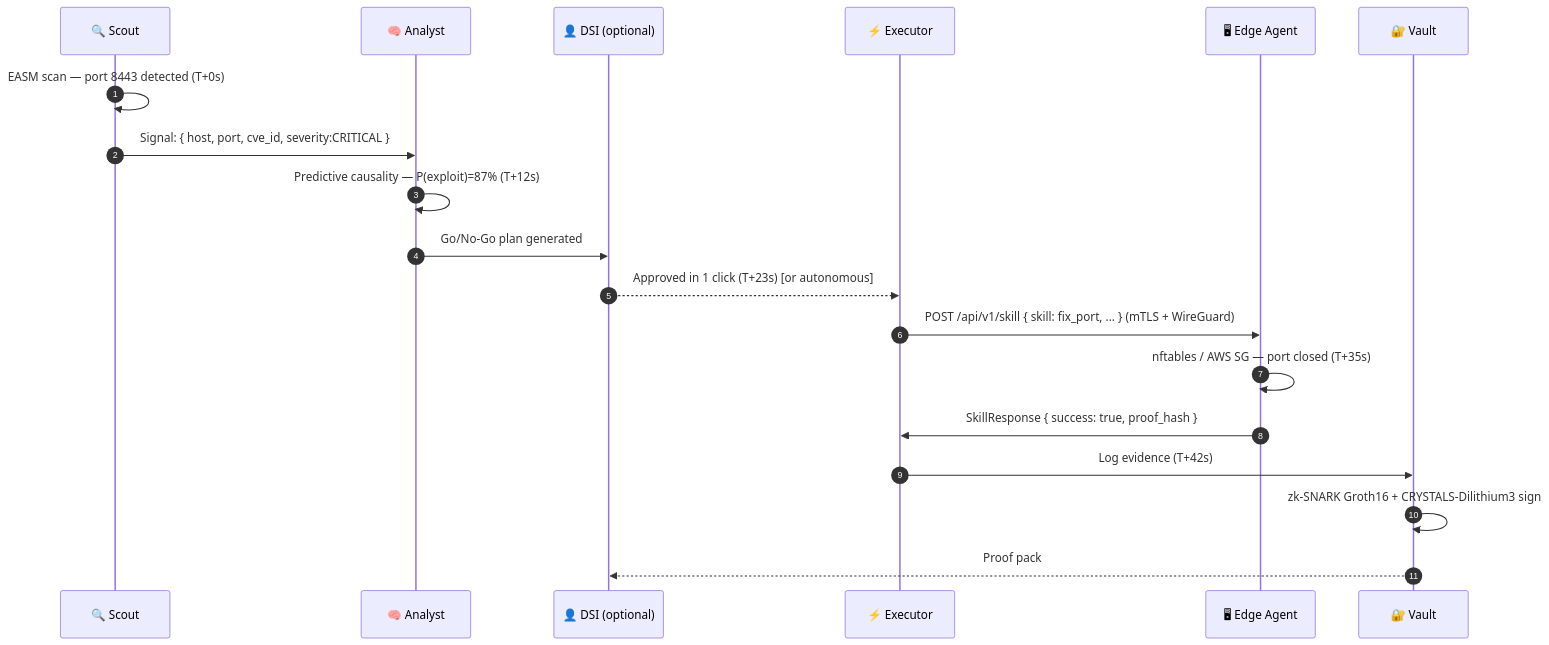
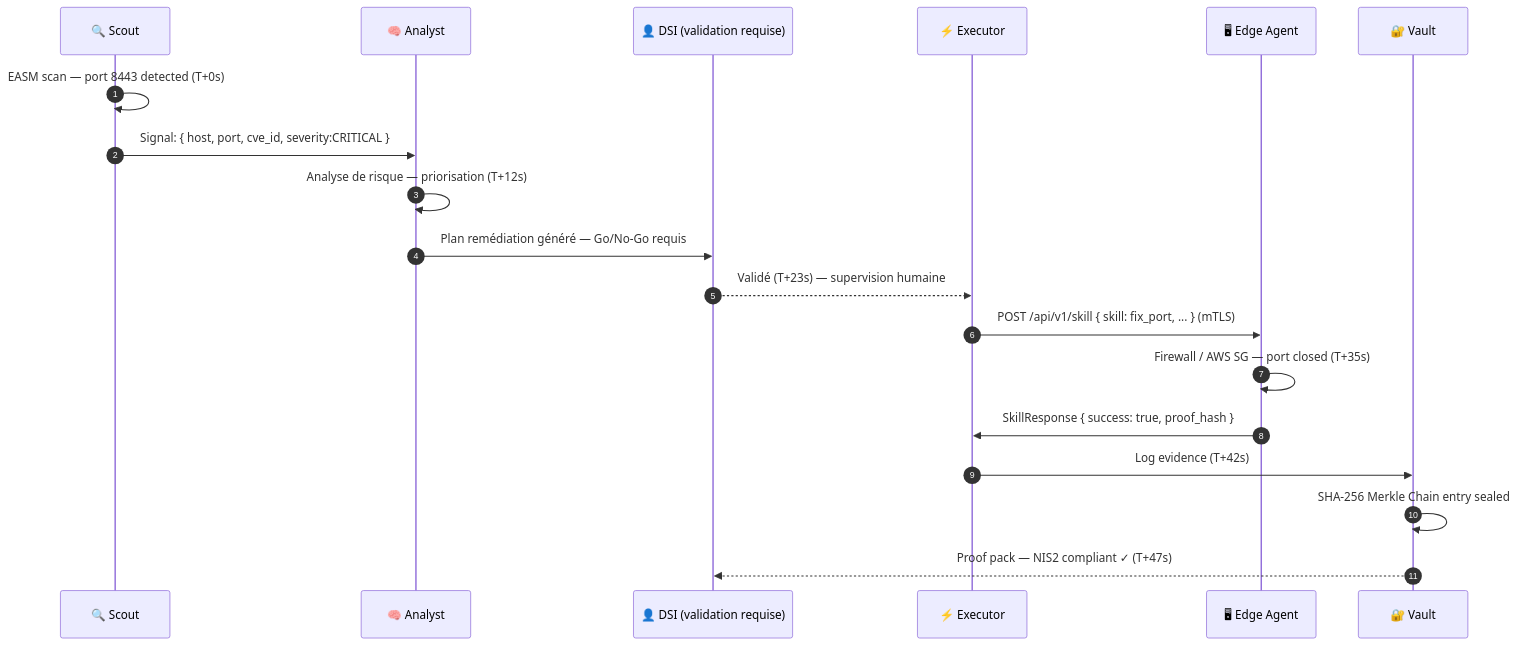
One commit to lemoalvivien-cmyk/edge-proof-keeper changed the second of 3 diagrams in README.md. Above: the diagram before and after it, drawn with Mermaid. The commit also changed other lines of this file and 2 other files, not shown here.

````diff
--- a/README.md
+++ b/README.md
@@ -93,22 +93,22 @@
 ```mermaid
 sequenceDiagram
     autonumber
     participant SC as 🔍 Scout
     participant AN as 🧠 Analyst
-    participant DS as 👤 DSI (optional)
+    participant DS as 👤 DSI (validation requise)
     participant EX as ⚡ Executor
     participant EA as 🖥 Edge Agent
     participant VL as 🔐 Vault
 
     SC->>SC: EASM scan — port 8443 detected (T+0s)
     SC->>AN: Signal: { host, port, cve_id, severity:CRITICAL }
-    AN->>AN: Predictive causality — P(exploit)=87% (T+12s)
-    AN->>DS: Go/No-Go plan generated
-    DS-->>EX: Approved in 1 click (T+23s) [or autonomous]
-    EX->>EA: POST /api/v1/skill { skill: fix_port, ... } (mTLS + WireGuard)
-    EA->>EA: nftables / AWS SG — port closed (T+35s)
+    AN->>AN: Analyse de risque — priorisation (T+12s)
+    AN->>DS: Plan remédiation généré — Go/No-Go requis
+    DS-->>EX: Validé (T+23s) — supervision humaine
+    EX->>EA: POST /api/v1/skill { skill: fix_port, ... } (mTLS)
+    EA->>EA: Firewall / AWS SG — port closed (T+35s)
     EA->>EX: SkillResponse { success: true, proof_hash }
     EX->>VL: Log evidence (T+42s)
-    VL->>VL: zk-SNARK Groth16 + CRYSTALS-Dilithium3 sign
-    VL-->>DS: Proof pack #2841 — NIS2 compliant ✓ (T+47s)
+    VL->>VL: SHA-256 Merkle Chain entry sealed
+    VL-->>DS: Proof pack — NIS2 compliant ✓ (T+47s)
 ```
````
